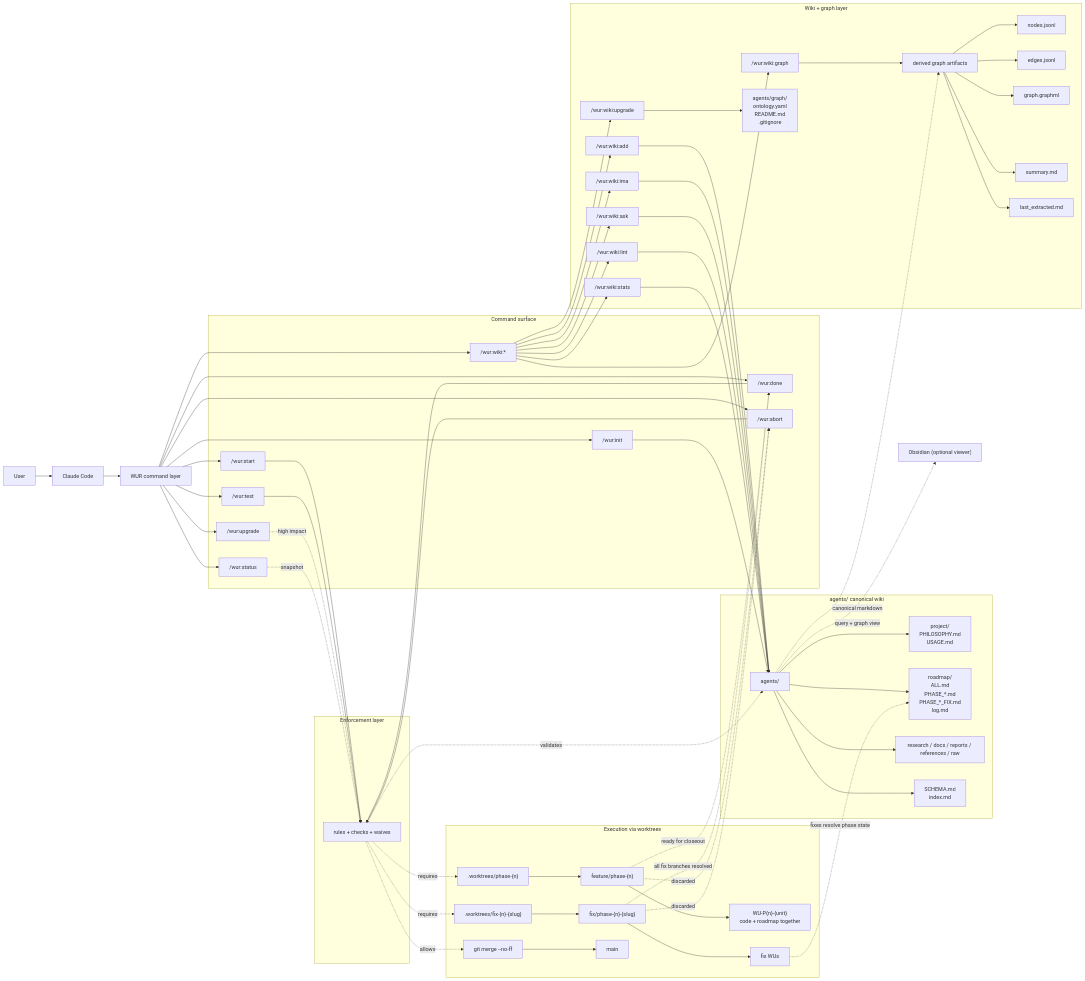
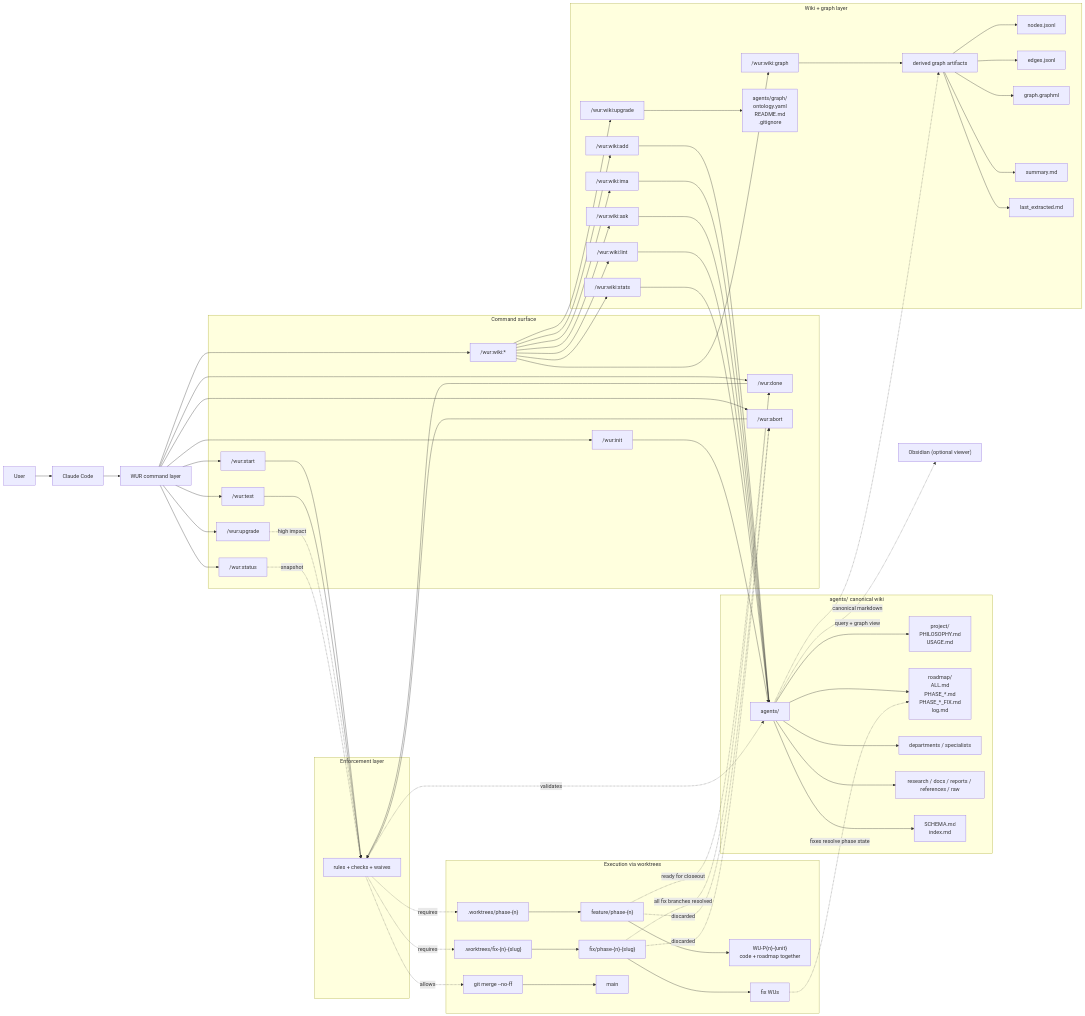
Before and after one commit to truong170201/work-unit-roadmap: the diagram in README.md, drawn with Mermaid. The commit also changed other lines of this file and 11 other files, not shown here.

```diff
--- a/README.md
+++ b/README.md
@@ -308,11 +313,13 @@
         A["agents/"]
         P["project/<br/>PHILOSOPHY.md<br/>USAGE.md"]
         R["roadmap/<br/>ALL.md<br/>PHASE_*.md<br/>PHASE_*_FIX.md<br/>log.md"]
+        SP["departments / specialists"]
         K["research / docs / reports / references / raw"]
         X["SCHEMA.md<br/>index.md"]
 
         A --> P
         A --> R
+        A --> SP
         A --> K
         A --> X
     end
```
